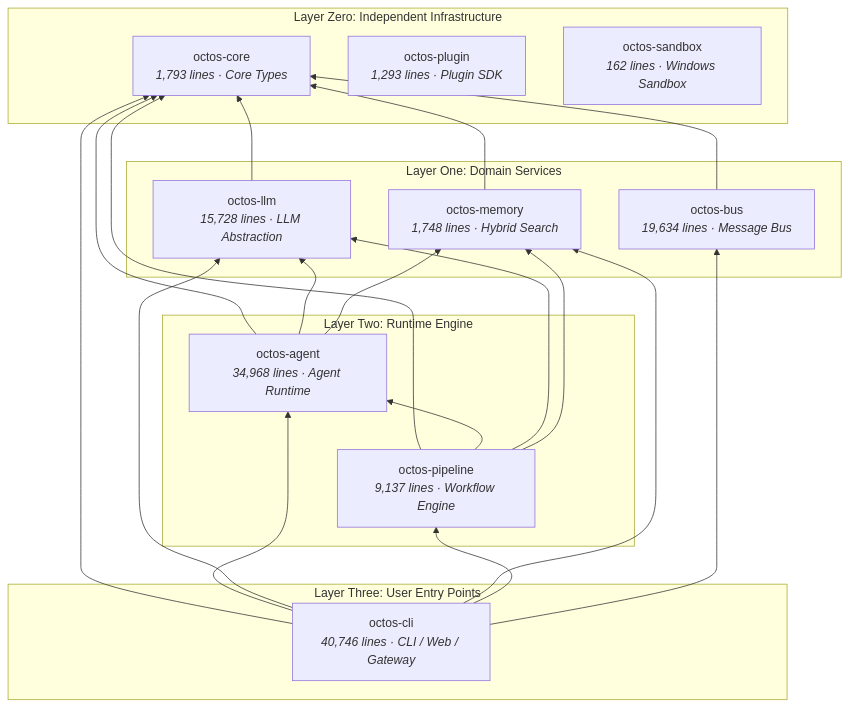
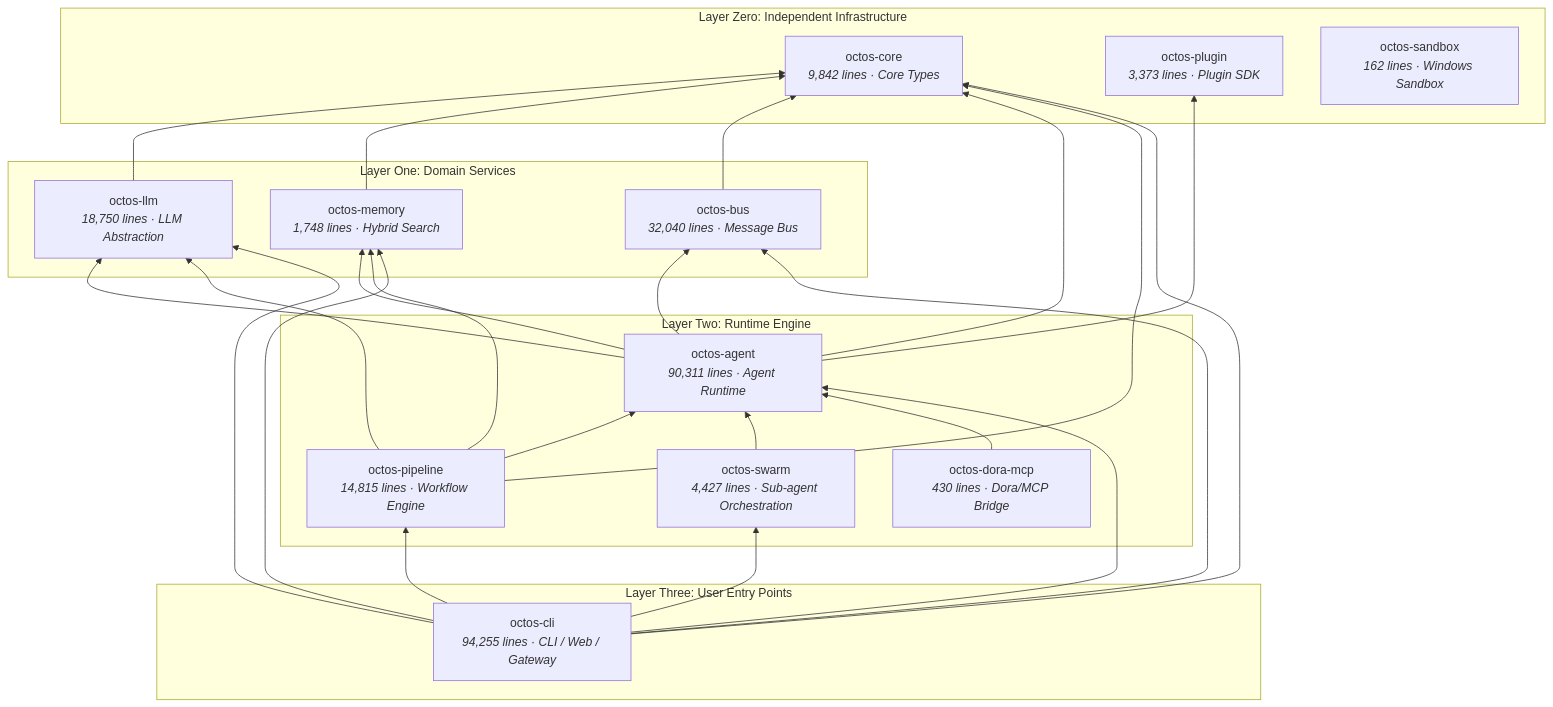
The diagram in book-en/src/part1/ch01.md (ZhangHanDong/octos-book), drawn with Mermaid before and after one commit. The commit also changed other lines of this file and 3 other files, not shown here.

````diff
--- a/book-en/src/part1/ch01.md
+++ b/book-en/src/part1/ch01.md
@@ -178,43 +180,51 @@
 ```mermaid
 graph BT
     subgraph "Layer Zero: Independent Infrastructure"
-        core["octos-core<br/><i>1,793 lines · Core Types</i>"]
-        plugin["octos-plugin<br/><i>1,293 lines · Plugin SDK</i>"]
+        core["octos-core<br/><i>9,842 lines · Core Types</i>"]
+        plugin["octos-plugin<br/><i>3,373 lines · Plugin SDK</i>"]
         sandbox["octos-sandbox<br/><i>162 lines · Windows Sandbox</i>"]
     end
 
     subgraph "Layer One: Domain Services"
-        llm["octos-llm<br/><i>15,728 lines · LLM Abstraction</i>"]
+        llm["octos-llm<br/><i>18,750 lines · LLM Abstraction</i>"]
         memory["octos-memory<br/><i>1,748 lines · Hybrid Search</i>"]
-        bus["octos-bus<br/><i>19,634 lines · Message Bus</i>"]
+        bus["octos-bus<br/><i>32,040 lines · Message Bus</i>"]
     end
 
     subgraph "Layer Two: Runtime Engine"
-        agent["octos-agent<br/><i>34,968 lines · Agent Runtime</i>"]
-        pipeline["octos-pipeline<br/><i>9,137 lines · Workflow Engine</i>"]
+        agent["octos-agent<br/><i>90,311 lines · Agent Runtime</i>"]
+        pipeline["octos-pipeline<br/><i>14,815 lines · Workflow Engine</i>"]
+        swarm["octos-swarm<br/><i>4,427 lines · Sub-agent Orchestration</i>"]
+        dora["octos-dora-mcp<br/><i>430 lines · Dora/MCP Bridge</i>"]
     end
 
     subgraph "Layer Three: User Entry Points"
-        cli["octos-cli<br/><i>40,746 lines · CLI / Web / Gateway</i>"]
+        cli["octos-cli<br/><i>94,255 lines · CLI / Web / Gateway</i>"]
     end
 
     llm --> core
     memory --> core
     bus --> core
 
     agent --> core
+    agent --> bus
     agent --> llm
     agent --> memory
+    agent --> plugin
 
     pipeline --> core
     pipeline --> agent
     pipeline --> llm
     pipeline --> memory
+
+    swarm --> agent
+    dora --> agent
 
     cli --> core
     cli --> agent
     cli --> llm
     cli --> memory
     cli --> pipeline
     cli --> bus
+    cli --> swarm
 ```
````
